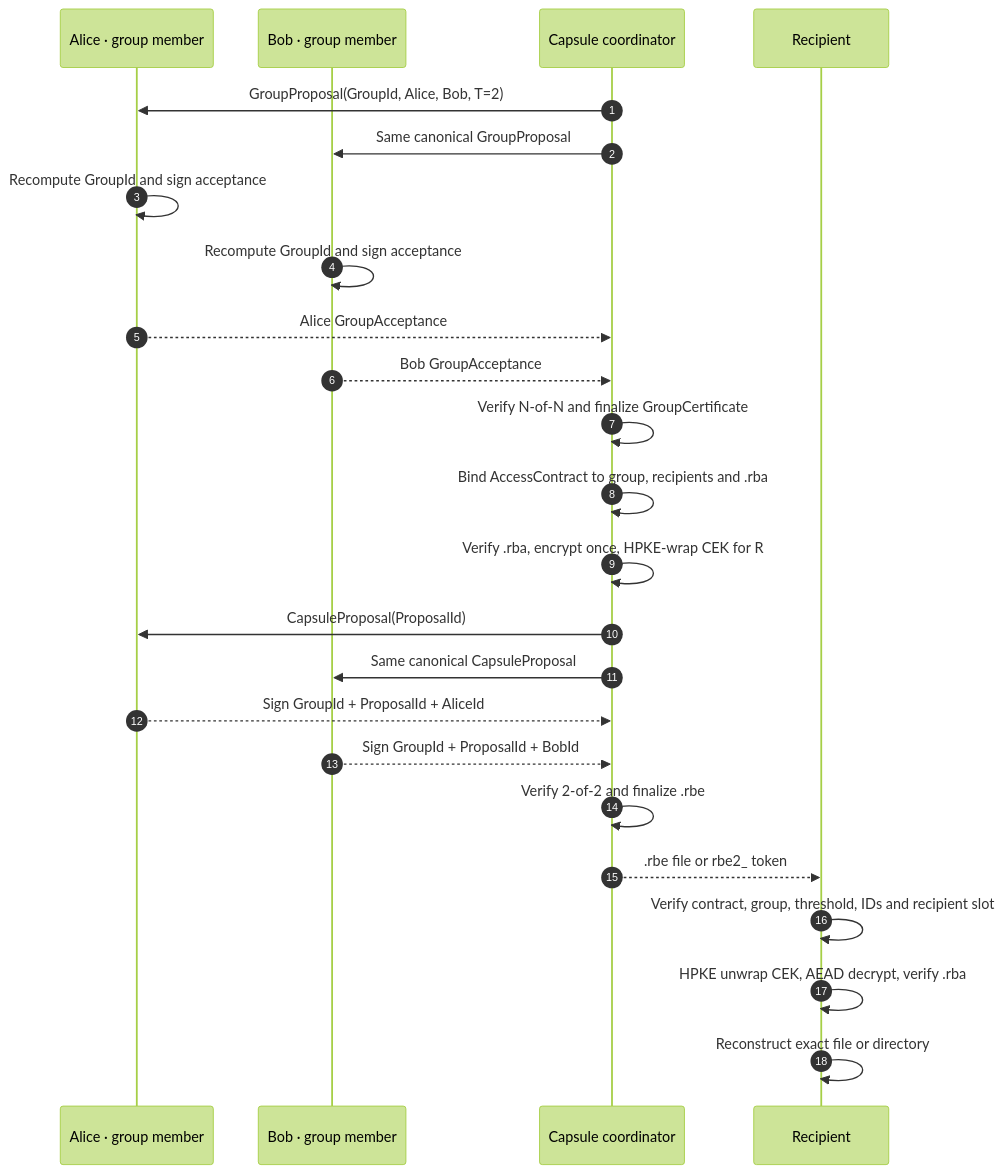
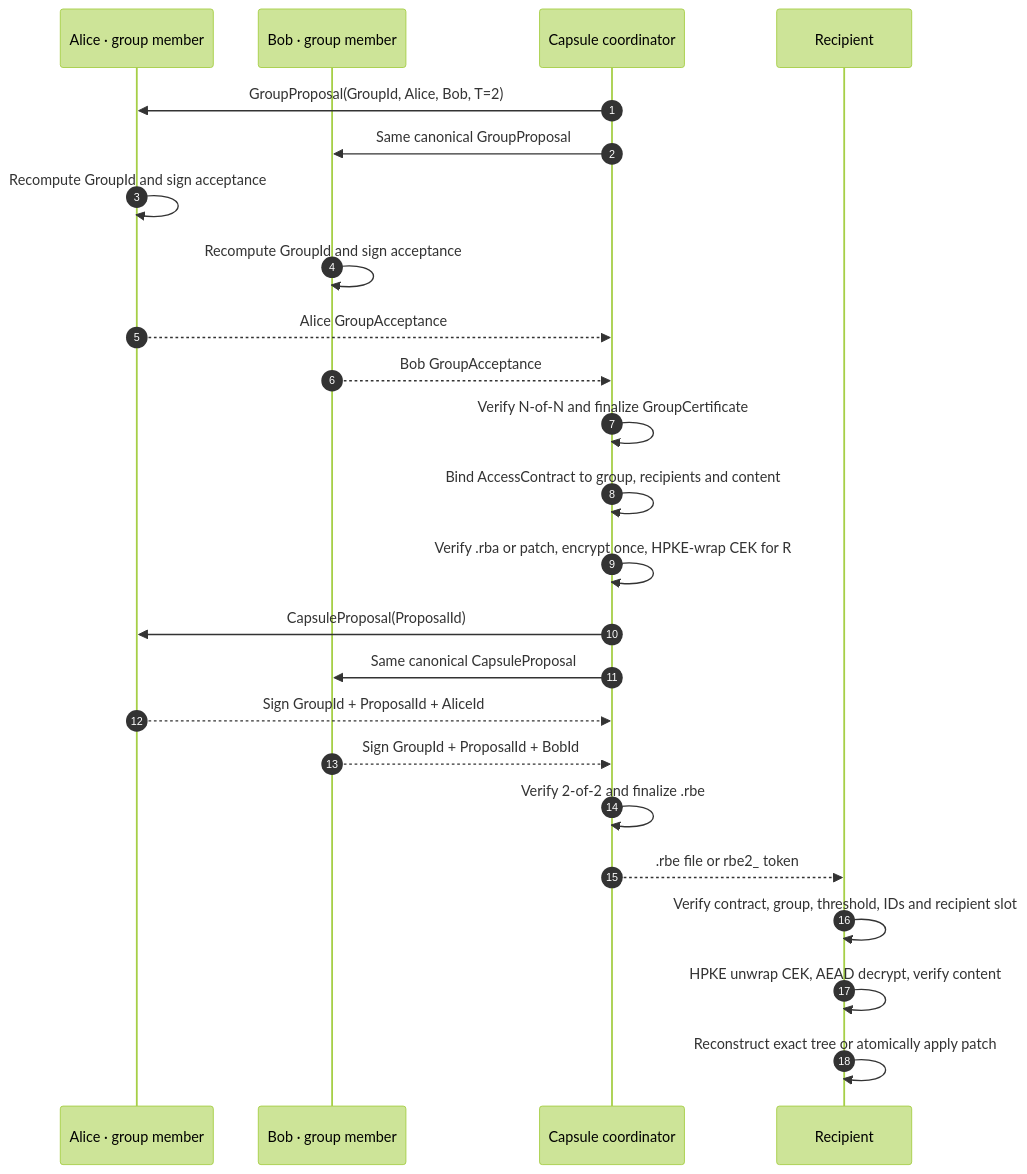
The third of 4 diagrams in docs/chain-architecture.md (pedro5g/Rebyte), drawn with Mermaid (forest theme) before and after one commit. The commit also changed other lines of this file and 16 other files, not shown here.

Commit message:
feat(chain): encrypt semantic patch content

````diff
--- a/docs/chain-architecture.md
+++ b/docs/chain-architecture.md
@@ -238,27 +240,27 @@
 ```mermaid
 sequenceDiagram
     autonumber
     participant A as Alice · group member
     participant B as Bob · group member
     participant C as Capsule coordinator
     participant R as Recipient
 
     C->>A: GroupProposal(GroupId, Alice, Bob, T=2)
     C->>B: Same canonical GroupProposal
     A->>A: Recompute GroupId and sign acceptance
     B->>B: Recompute GroupId and sign acceptance
     A-->>C: Alice GroupAcceptance
     B-->>C: Bob GroupAcceptance
     C->>C: Verify N-of-N and finalize GroupCertificate
-    C->>C: Bind AccessContract to group, recipients and .rba
-    C->>C: Verify .rba, encrypt once, HPKE-wrap CEK for R
+    C->>C: Bind AccessContract to group, recipients and content
+    C->>C: Verify .rba or patch, encrypt once, HPKE-wrap CEK for R
     C->>A: CapsuleProposal(ProposalId)
     C->>B: Same canonical CapsuleProposal
     A-->>C: Sign GroupId + ProposalId + AliceId
     B-->>C: Sign GroupId + ProposalId + BobId
     C->>C: Verify 2-of-2 and finalize .rbe
     C-->>R: .rbe file or rbe2_ token
     R->>R: Verify contract, group, threshold, IDs and recipient slot
-    R->>R: HPKE unwrap CEK, AEAD decrypt, verify .rba
-    R->>R: Reconstruct exact file or directory
+    R->>R: HPKE unwrap CEK, AEAD decrypt, verify content
+    R->>R: Reconstruct exact tree or atomically apply patch
 ```
````
